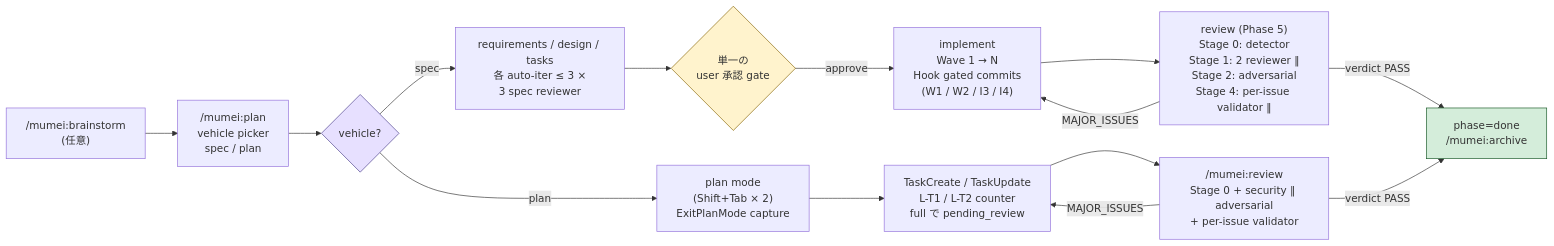
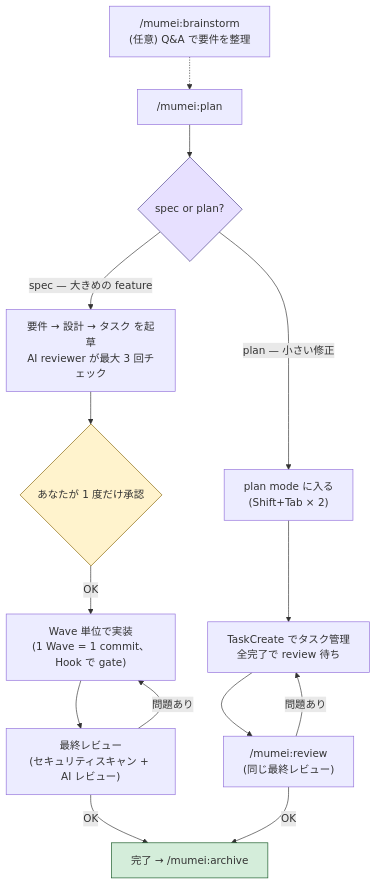
Before and after one commit to iroh4-labs/mumei: the diagram in README.ja.md, drawn with Mermaid. The commit also changed other lines of this file and 1 other file, not shown here.

Commit message:
docs(readme): rewrite Workflow section for readability (LR → TD, plain language, drop internal IDs)

````diff
--- a/README.ja.md
+++ b/README.ja.md
@@ -43,25 +43,26 @@
 ```mermaid
-flowchart LR
-  B["/mumei:brainstorm<br/>(任意)"] --> P
-  P["/mumei:plan<br/>vehicle picker<br/>spec / plan"] --> V{"vehicle?"}
+flowchart TD
+  B["/mumei:brainstorm<br/>(任意) Q&A で要件を整理"] -.-> P
+  P["/mumei:plan"] --> V{"spec or plan?"}
 
-  V -->|spec| S["requirements / design / tasks<br/>各 auto-iter ≤ 3 ×<br/>3 spec reviewer"]
-  S --> A{"単一の<br/>user 承認 gate"}
-  A -->|approve| I["implement<br/>Wave 1 → N<br/>Hook gated commits<br/>(W1 / W2 / I3 / I4)"]
-  I --> R["review (Phase 5)<br/>Stage 0: detector<br/>Stage 1: 2 reviewer ‖<br/>Stage 2: adversarial<br/>Stage 4: per-issue validator ‖"]
-  R -->|verdict PASS| D["phase=done<br/>/mumei:archive"]
-  R -->|MAJOR_ISSUES| I
+  V -->|"spec — 大きめの feature"| S["要件 → 設計 → タスク を起草<br/>AI reviewer が最大 3 回チェック"]
+  S --> A{"あなたが 1 度だけ承認"}
+  A -->|OK| I["Wave 単位で実装<br/>(1 Wave = 1 commit、Hook で gate)"]
+  I --> R["最終レビュー<br/>(セキュリティスキャン + AI レビュー)"]
 
-  V -->|plan| PM["plan mode<br/>(Shift+Tab × 2)<br/>ExitPlanMode capture"]
-  PM --> TL["TaskCreate / TaskUpdate<br/>L-T1 / L-T2 counter<br/>full で pending_review"]
-  TL --> RV["/mumei:review<br/>Stage 0 + security ‖ adversarial<br/>+ per-issue validator"]
-  RV -->|verdict PASS| D
-  RV -->|MAJOR_ISSUES| TL
+  V -->|"plan — 小さい修正"| PM["plan mode に入る<br/>(Shift+Tab × 2)"]
+  PM --> TL["TaskCreate でタスク管理<br/>全完了で review 待ち"]
+  TL --> RV["/mumei:review<br/>(同じ最終レビュー)"]
+
+  R -->|OK| D["完了 → /mumei:archive"]
+  RV -->|OK| D
+  R -->|問題あり| I
+  RV -->|問題あり| TL
 
   classDef gate fill:#fff3cd,stroke:#856404
   classDef done fill:#d4edda,stroke:#155724
   classDef pick fill:#e7e0ff,stroke:#4b3f8a
   class A gate
   class D done
   class V pick
 ```
````
